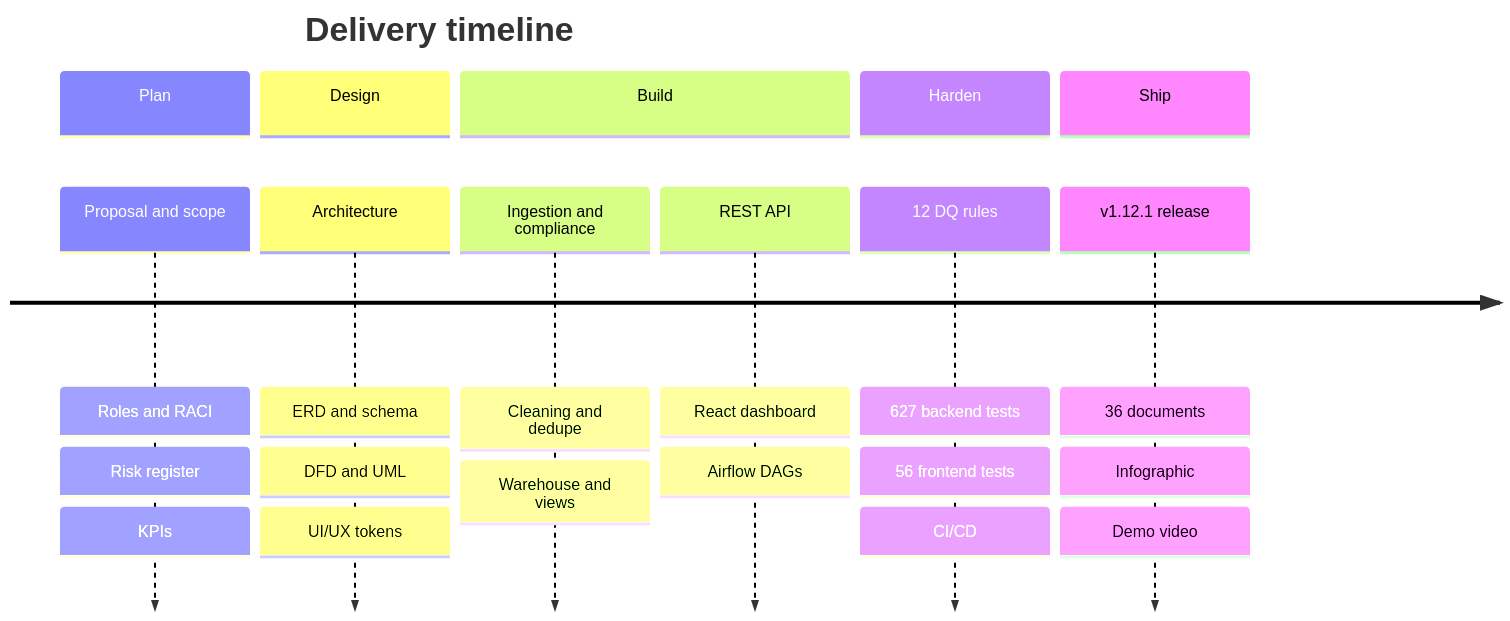
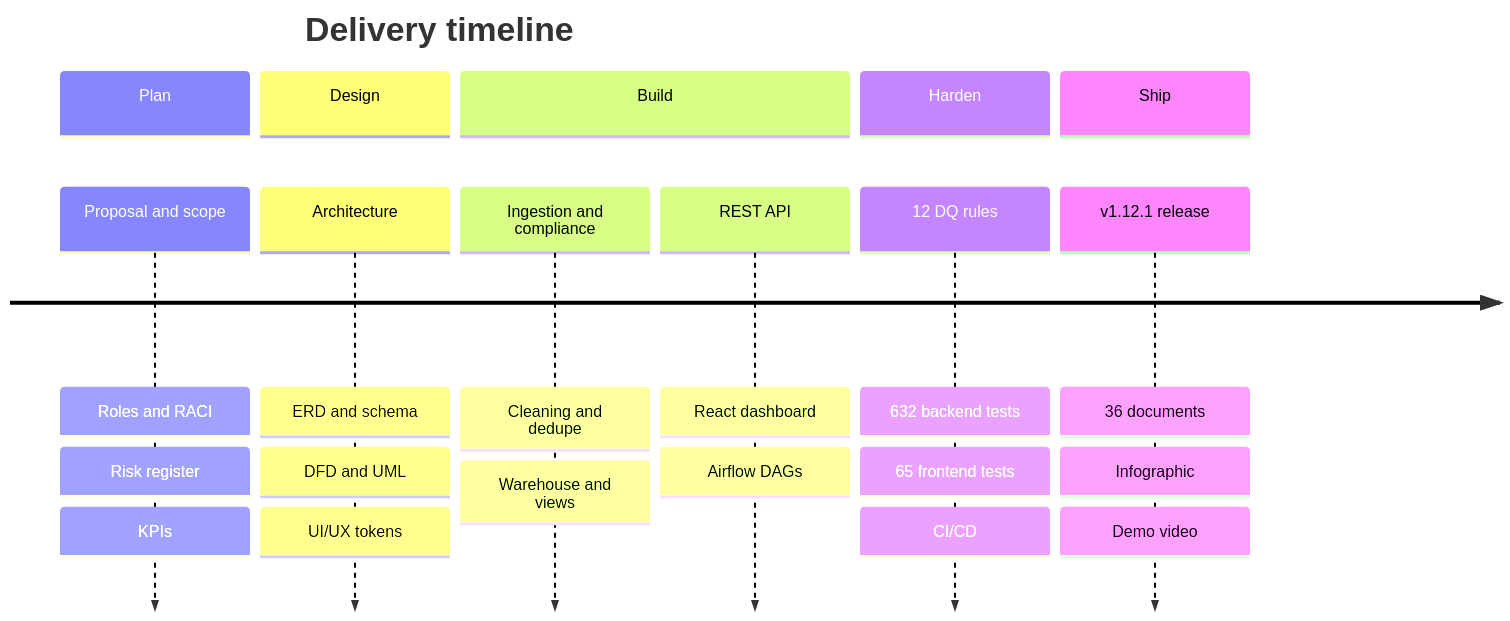
The fourth of 8 diagrams in docs/38_extended_diagram_suite.md (Ahmedbakr78/Web-to-Warehouse-Product-Intelligence-Pipeline), drawn with Mermaid before and after one commit. The commit also changed 22 other files, not shown here.

````diff
--- a/docs/38_extended_diagram_suite.md
+++ b/docs/38_extended_diagram_suite.md
@@ -79,15 +79,15 @@
 ```mermaid
 timeline
     title Delivery timeline
     section Plan
       Proposal and scope : Roles and RACI : Risk register : KPIs
     section Design
       Architecture : ERD and schema : DFD and UML : UI/UX tokens
     section Build
       Ingestion and compliance : Cleaning and dedupe : Warehouse and views
       REST API : React dashboard : Airflow DAGs
     section Harden
-      12 DQ rules : 627 backend tests : 56 frontend tests : CI/CD
+      12 DQ rules : 632 backend tests : 65 frontend tests : CI/CD
     section Ship
       v1.12.1 release : 36 documents : Infographic : Demo video
 ```
````
